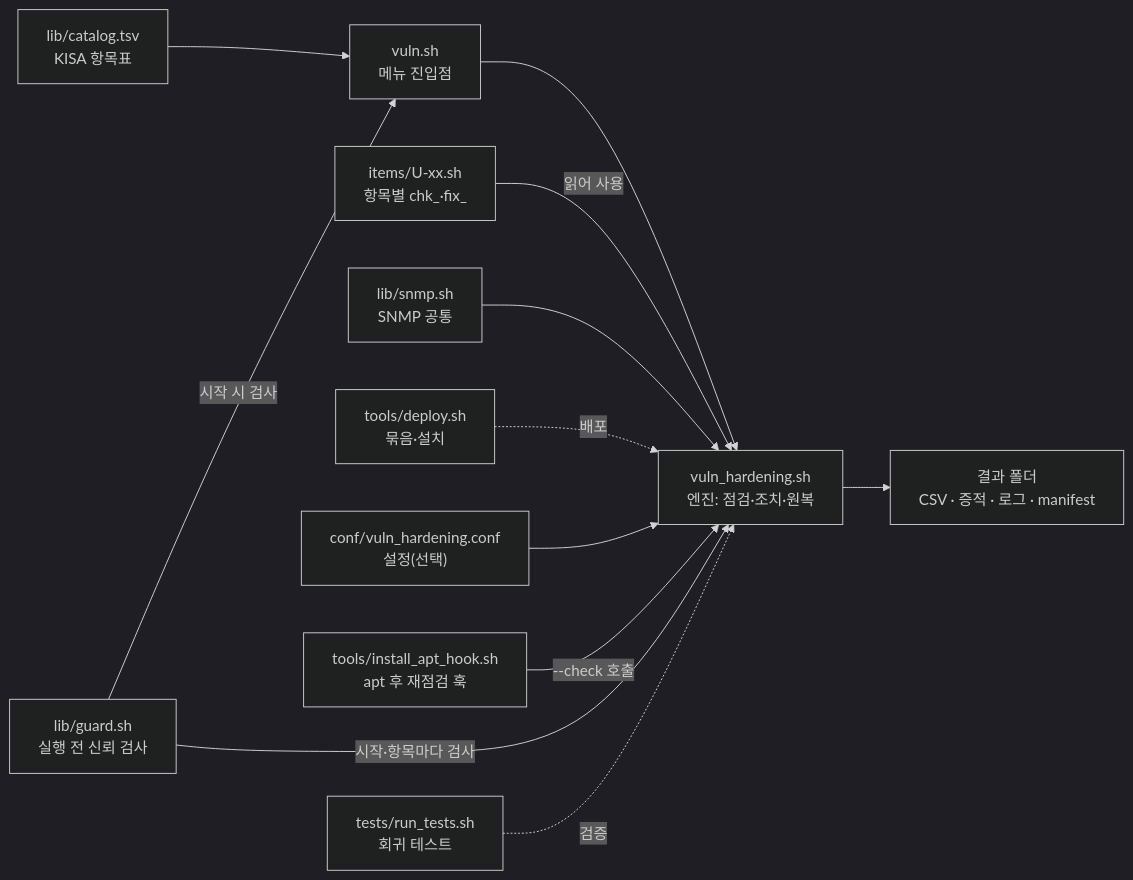
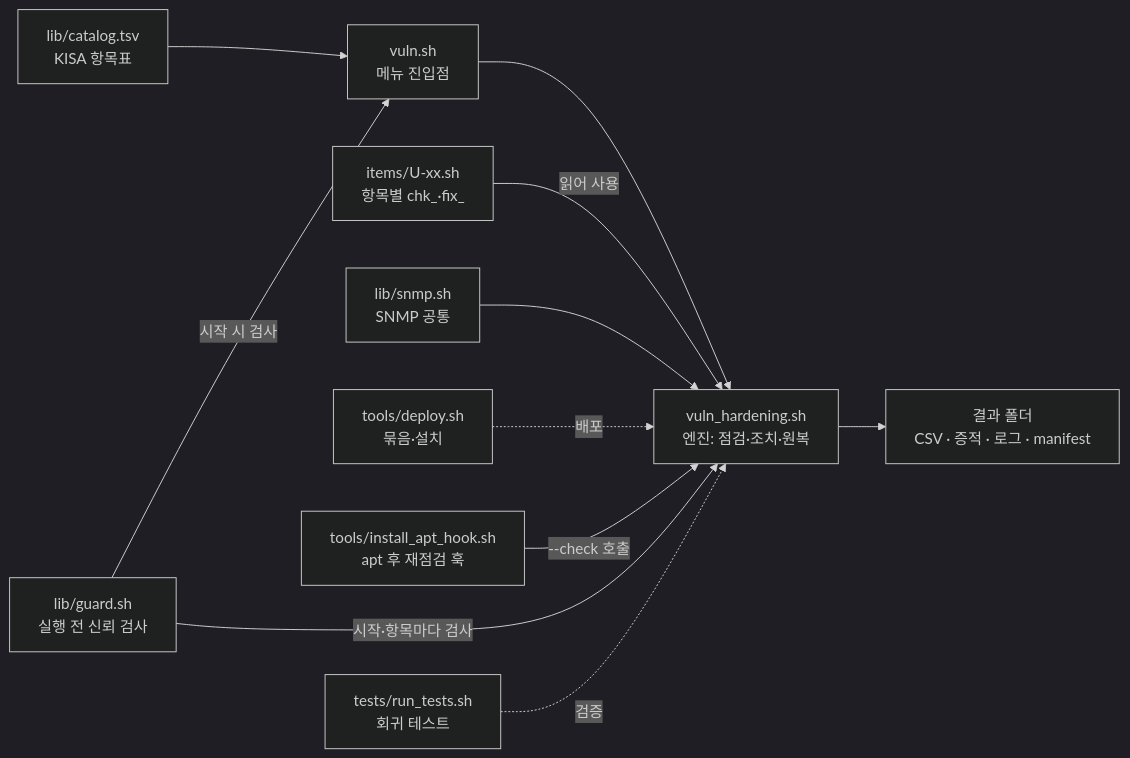
Before and after one commit to yanos0218/Tools: the first of 4 diagrams in vulnerability/docs/architecture.md, drawn with Mermaid (dark theme). The commit also changed other lines of this file and 20 other files, not shown here.

````diff
--- a/vulnerability/docs/architecture.md
+++ b/vulnerability/docs/architecture.md
@@ -7,14 +7,13 @@
 ```mermaid
 flowchart LR
   menu["vuln.sh<br/>메뉴 진입점"] --> main["vuln_hardening.sh<br/>엔진: 점검·조치·원복"]
   items["items/U-xx.sh<br/>항목별 chk_·fix_"] -- "읽어 사용" --> main
   snmp["lib/snmp.sh<br/>SNMP 공통"] --> main
   deploy["tools/deploy.sh<br/>묶음·설치"] -. "배포" .-> main
   cat["lib/catalog.tsv<br/>KISA 항목표"] --> menu
-  conf["conf/vuln_hardening.conf<br/>설정(선택)"] --> main
   hook["tools/install_apt_hook.sh<br/>apt 후 재점검 훅"] -- "--check 호출" --> main
   guard["lib/guard.sh<br/>실행 전 신뢰 검사"] -- "시작·항목마다 검사" --> main
   guard -- "시작 시 검사" --> menu
   tests["tests/run_tests.sh<br/>회귀 테스트"] -. "검증" .-> main
   main --> out["결과 폴더<br/>CSV · 증적 · 로그 · manifest"]
 ```
````
